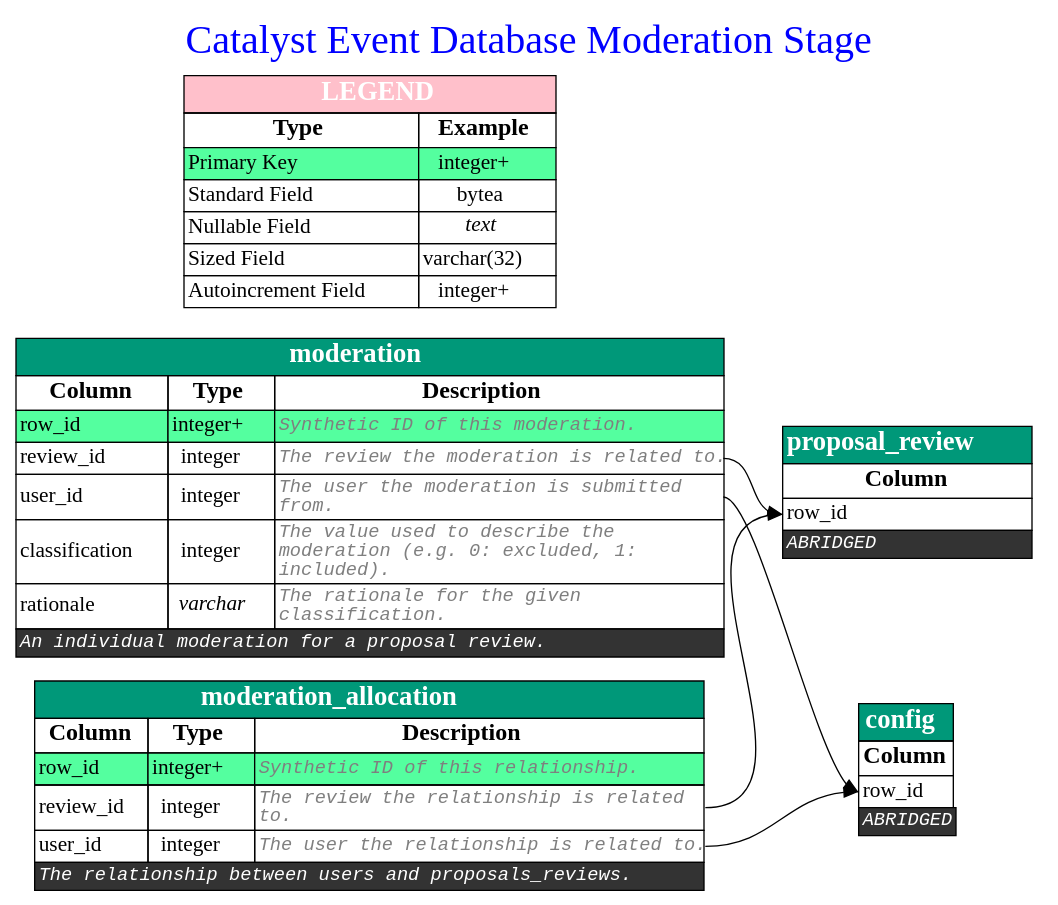
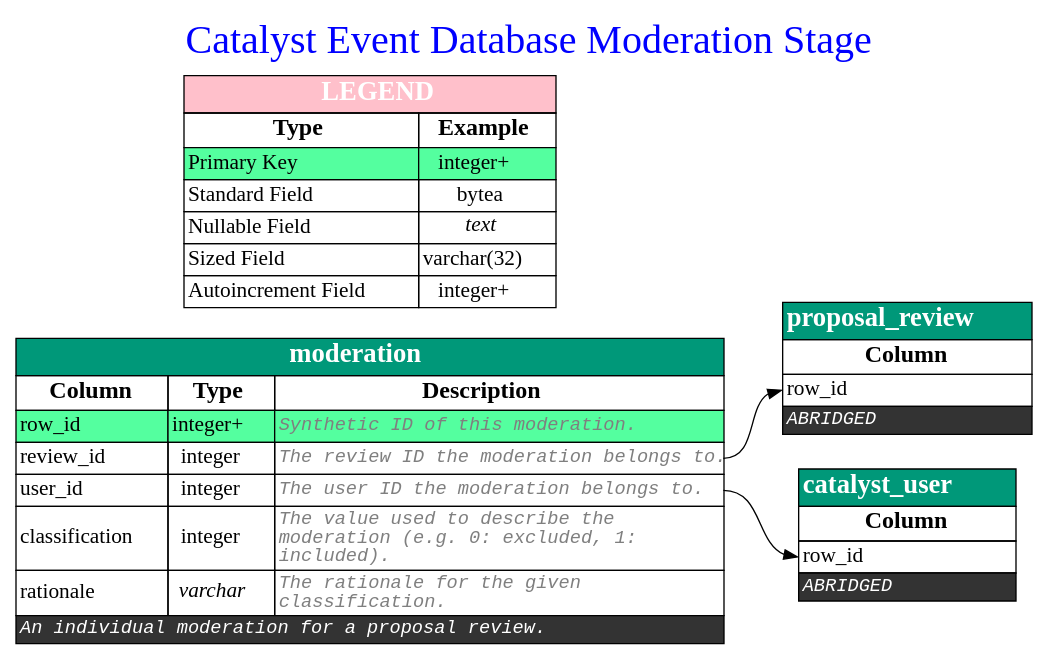
Before and after one commit to input-output-hk/catalyst-core: the diagram in main/08_event-db/db-diagrams/event-db-moderation.dot, drawn with Graphviz. The commit also changed 131 other files, not shown here.

```diff
--- a/main/08_event-db/db-diagrams/event-db-moderation.dot
+++ b/main/08_event-db/db-diagrams/event-db-moderation.dot
@@ -43,13 +43,13 @@
             <tr>
                 <td port="review_id"  align='text'><font>review_id</font><br align='left'/></td>
                 <td   ><font>integer</font></td>
-                <td port="review_id_out"  align='text'><font color='grey50' face='Monospace' point-size='14' ><i>The review the moderation is related to.</i><br align="left"/></font></td>
+                <td port="review_id_out"  align='text'><font color='grey50' face='Monospace' point-size='14' ><i>The review ID the moderation belongs to.</i><br align="left"/></font></td>
             </tr>
             
             <tr>
                 <td port="user_id"  align='text'><font>user_id</font><br align='left'/></td>
                 <td   ><font>integer</font></td>
-                <td port="user_id_out"  align='text'><font color='grey50' face='Monospace' point-size='14' ><i>The user the moderation is submitted<br align='left'/>from.</i><br align="left"/></font></td>
+                <td port="user_id_out"  align='text'><font color='grey50' face='Monospace' point-size='14' ><i>The user ID the moderation belongs to.</i><br align="left"/></font></td>
             </tr>
             
             <tr>
@@ -76,57 +76,13 @@
 
         
     
-        
-
-    "moderation_allocation" [shape=plain label=<
-        <table border='0' cellborder='1' cellspacing='0' >
-            <tr>
-                <td colspan='3' bgcolor='#009879' port='__title'><font color='white' face='Courier bold italic' point-size='20'><b>moderation_allocation</b></font></td>
-            </tr>
-            <tr>
-                <td><font color='black' face='Courier bold' point-size='18' ><b>Column</b></font></td>
-                <td><font color='black' face='Courier bold' point-size='18' ><b>Type</b></font></td>
-                <td><font color='black' face='Courier bold' point-size='18' ><b>Description</b></font></td>
-            </tr>
-
-            
-            <tr>
-                <td port="row_id" bgcolor="seagreen1" align='text'><font>row_id</font><br align='left'/></td>
-                <td  bgcolor="seagreen1" ><font>integer+</font></td>
-                <td port="row_id_out" bgcolor="seagreen1" align='text'><font color='grey50' face='Monospace' point-size='14' ><i>Synthetic ID of this relationship.</i><br align="left"/></font></td>
-            </tr>
-            
-            <tr>
-                <td port="review_id"  align='text'><font>review_id</font><br align='left'/></td>
-                <td   ><font>integer</font></td>
-                <td port="review_id_out"  align='text'><font color='grey50' face='Monospace' point-size='14' ><i>The review the relationship is related<br align='left'/>to.</i><br align="left"/></font></td>
-            </tr>
-            
-            <tr>
-                <td port="user_id"  align='text'><font>user_id</font><br align='left'/></td>
-                <td   ><font>integer</font></td>
-                <td port="user_id_out"  align='text'><font color='grey50' face='Monospace' point-size='14' ><i>The user the relationship is related to.</i><br align="left"/></font></td>
-            </tr>
-            
-
-            
-            <tr>
-                <td colspan='3' bgcolor="grey20" align='text'><font color='white' face='Monospace' point-size='14'><i>The relationship between users and proposals_reviews.</i><br align="left"/></font></td>
-            </tr>
-            
-
-        </table>
-    >];
-
-        
-    
 
     
 
-    "config" [label=<
+    "catalyst_user" [label=<
         <table border='0' cellborder='1' cellspacing='0'>
             <tr>
-                <td bgcolor='#009879' port='__title'><font color='white' face='Courier bold italic' point-size='20'><b>config</b></font></td>
+                <td bgcolor='#009879' port='__title'><font color='white' face='Courier bold italic' point-size='20'><b>catalyst_user</b></font></td>
             </tr>
             <tr>
                 <td><font color='black' face='Courier bold' point-size='18' ><b>Column</b></font></td>
@@ -210,13 +166,9 @@
     >];
 
     
-    "moderation_allocation":"review_id_out" -> "proposal_review":"row_id"
-    
-    "moderation_allocation":"user_id_out" -> "config":"row_id"
-    
     "moderation":"review_id_out" -> "proposal_review":"row_id"
     
-    "moderation":"user_id_out" -> "config":"row_id"
+    "moderation":"user_id_out" -> "catalyst_user":"row_id"
     
 
 
```
